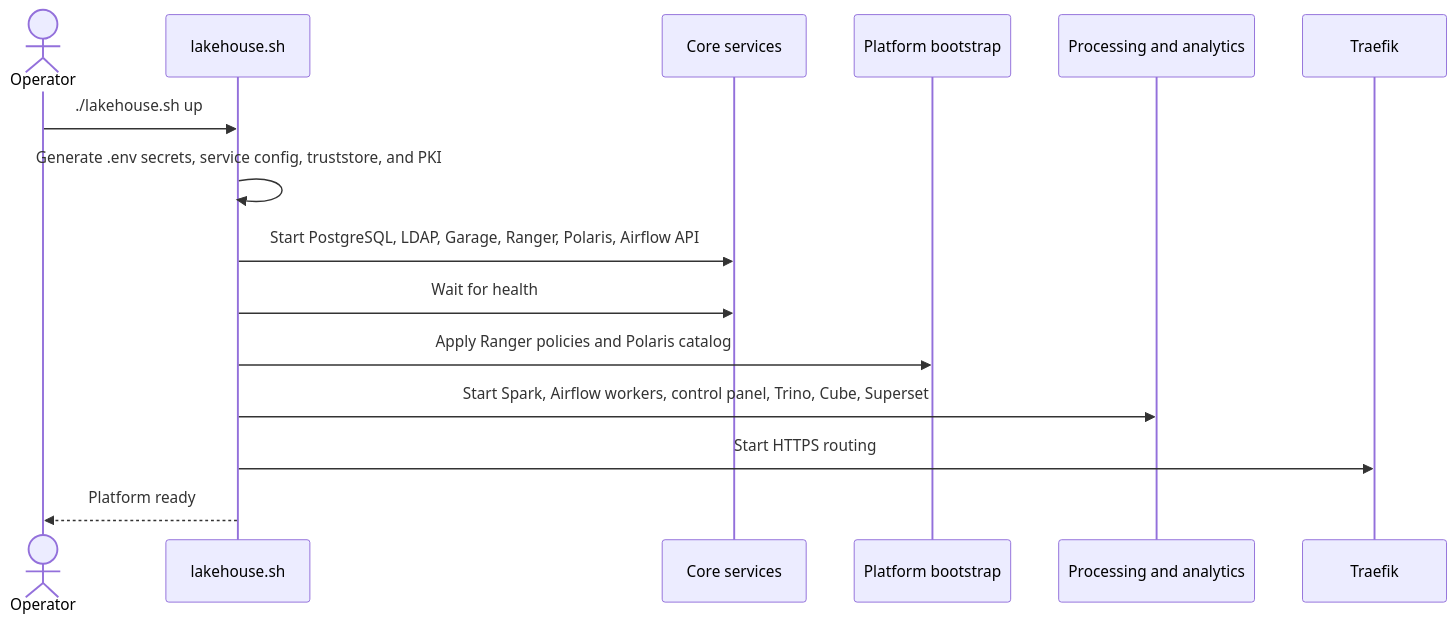
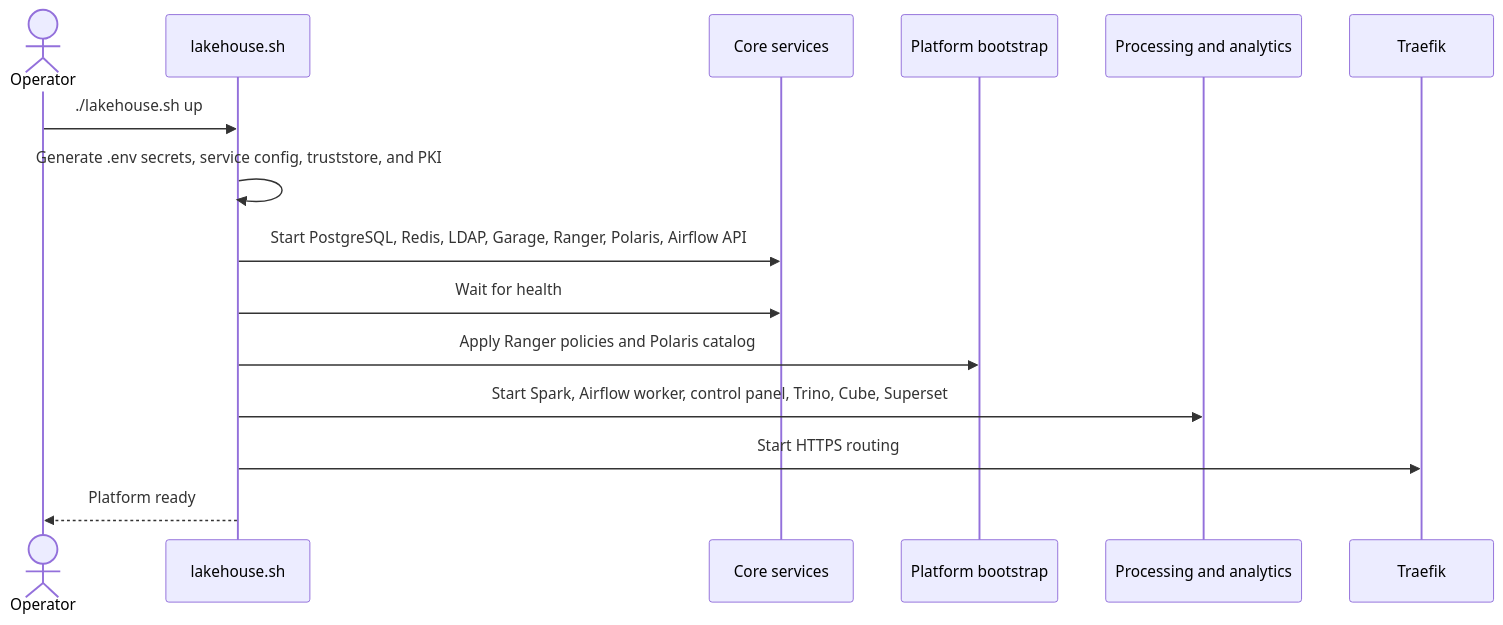
One commit to AlexHilberer/On-Prem-Data-Lakehouse changed the diagram in docs/operations.md. Above: the diagram before and after it, drawn with Mermaid. The commit also changed 33 other files, not shown here.

````diff
--- a/docs/operations.md
+++ b/docs/operations.md
@@ -18,18 +18,18 @@
 ```mermaid
 sequenceDiagram
   actor Operator
   participant CLI as lakehouse.sh
   participant Core as Core services
   participant Bootstrap as Platform bootstrap
   participant Apps as Processing and analytics
   participant Edge as Traefik
 
   Operator->>CLI: ./lakehouse.sh up
   CLI->>CLI: Generate .env secrets, service config, truststore, and PKI
-  CLI->>Core: Start PostgreSQL, LDAP, Garage, Ranger, Polaris, Airflow API
+  CLI->>Core: Start PostgreSQL, Redis, LDAP, Garage, Ranger, Polaris, Airflow API
   CLI->>Core: Wait for health
   CLI->>Bootstrap: Apply Ranger policies and Polaris catalog
-  CLI->>Apps: Start Spark, Airflow workers, control panel, Trino, Cube, Superset
+  CLI->>Apps: Start Spark, Airflow worker, control panel, Trino, Cube, Superset
   CLI->>Edge: Start HTTPS routing
   CLI-->>Operator: Platform ready
 ```
````
